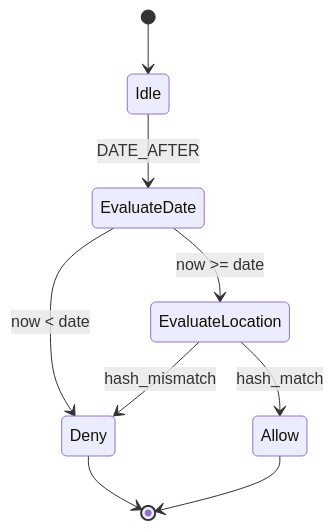
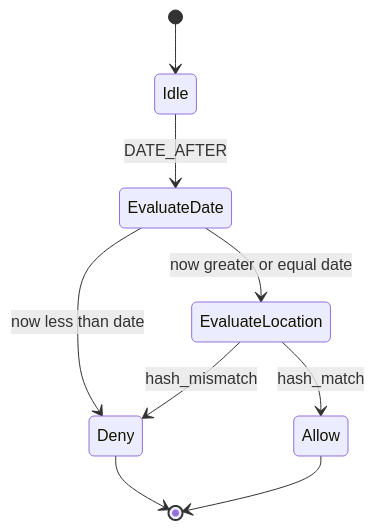
Before and after one commit to Teycir/TrustCircle: the fourth of 5 diagrams in Readme.md, drawn with Mermaid. The commit also changed other lines of this file, not shown here.

Commit message:
fix mermaid issues

````diff
--- a/Readme.md
+++ b/Readme.md
@@ -207,11 +207,11 @@
 ```mermaid
 stateDiagram-v2
   [*] --> Idle
   Idle --> EvaluateDate : DATE_AFTER
-  EvaluateDate --> Deny : now < date
-  EvaluateDate --> EvaluateLocation : now >= date
+  EvaluateDate --> Deny : now less than date
+  EvaluateDate --> EvaluateLocation : now greater or equal date
   EvaluateLocation --> Deny : hash_mismatch
   EvaluateLocation --> Allow : hash_match
   Deny --> [*]
   Allow --> [*]
 ```
````
